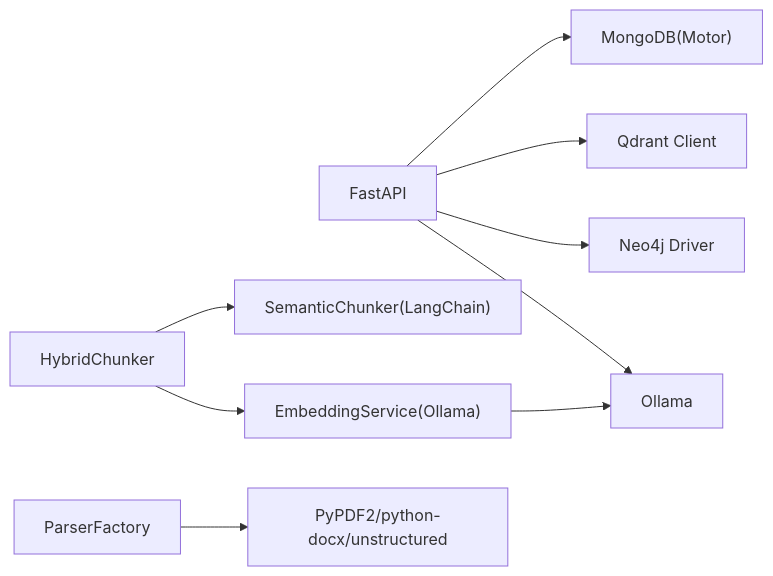
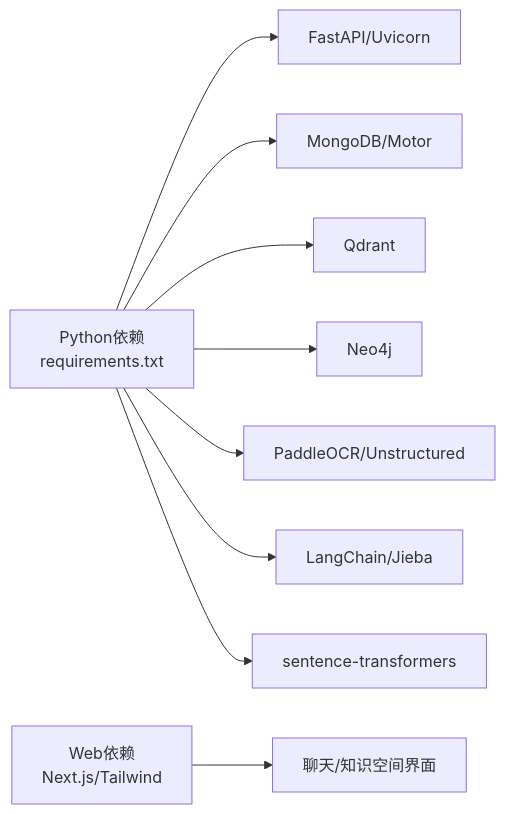
One commit to iammm0/advanced-rag changed the seventh of 7 diagrams in .qoder/repowiki/zh/content/项目概述/项目概述.md. Above: the diagram before and after it, drawn with Mermaid. The commit also changed other lines of this file and 233 other files, not shown here.

````diff
--- a/.qoder/repowiki/zh/content/项目概述/项目概述.md
+++ b/.qoder/repowiki/zh/content/项目概述/项目概述.md
@@ -303,11 +283,11 @@
 ```mermaid
 graph LR
-FASTAPI["FastAPI"] --> MONGO["MongoDB(Motor)"]
-FASTAPI --> QDRANT["Qdrant Client"]
-FASTAPI --> NEO4J["Neo4j Driver"]
-FASTAPI --> OLLAMA["Ollama"]
-CHUNK["HybridChunker"] --> SEMANTIC["SemanticChunker(LangChain)"]
-CHUNK --> EMBED["EmbeddingService(Ollama)"]
-PARSER["ParserFactory"] --> DOCS["PyPDF2/python-docx/unstructured"]
-EMBED --> OLLAMA
+P["Python依赖<br/>requirements.txt"] --> F["FastAPI/Uvicorn"]
+P --> DB["MongoDB/Motor"]
+P --> V["Qdrant"]
+P --> KG["Neo4j"]
+P --> OCR["PaddleOCR/Unstructured"]
+P --> LC["LangChain/Jieba"]
+P --> ST["sentence-transformers"]
+W["Web依赖<br/>Next.js/Tailwind"] --> FE["聊天/知识空间界面"]
 ```
````
